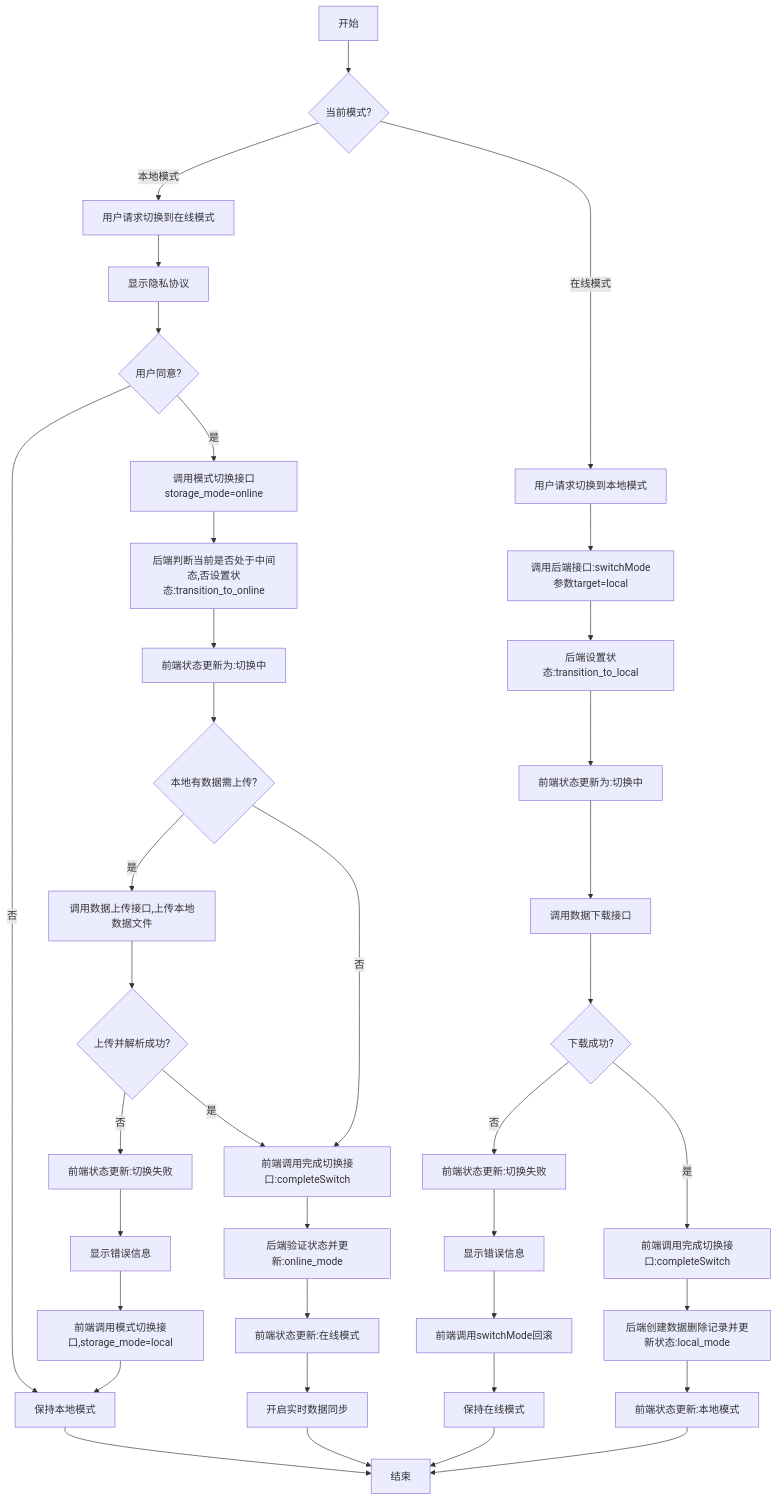
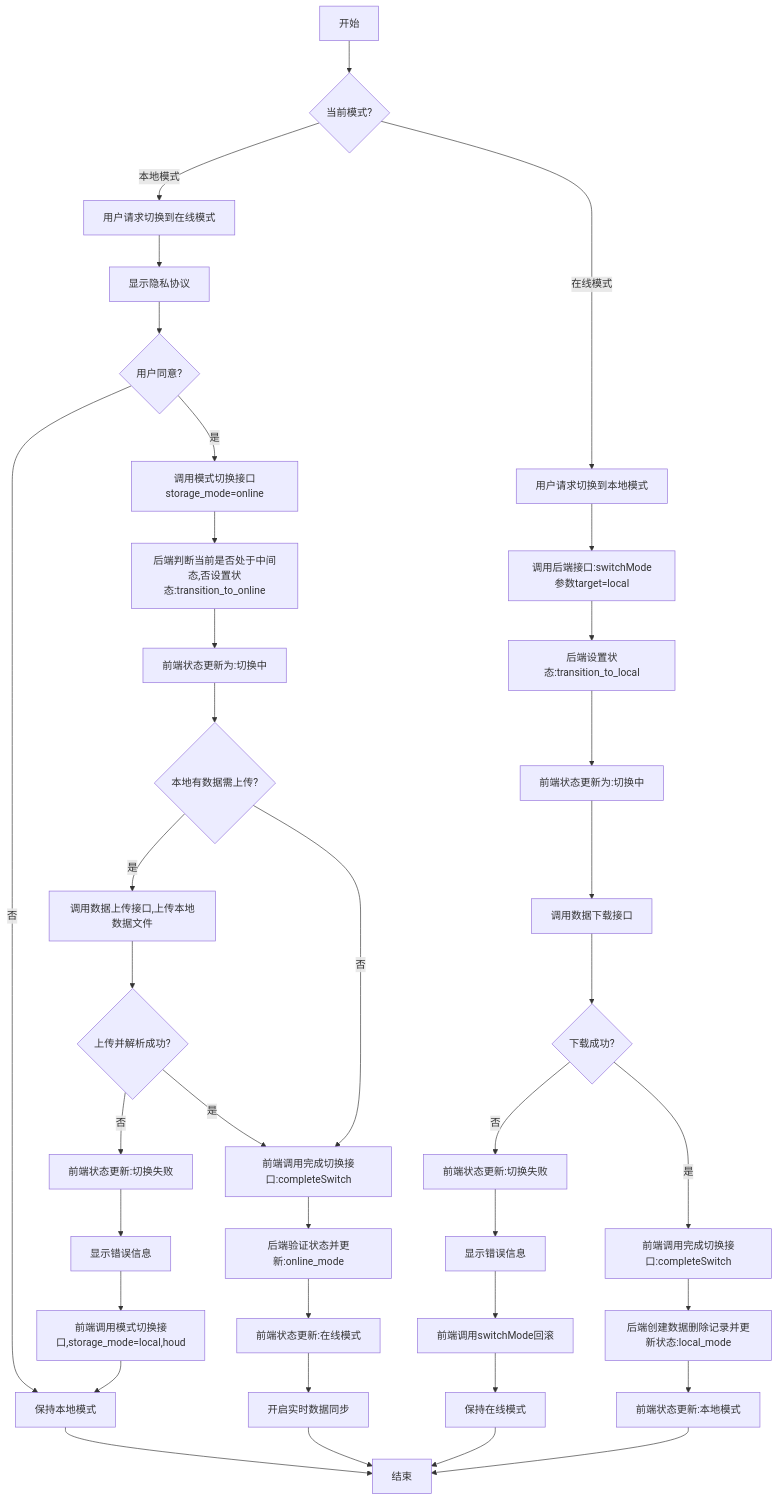
Before and after one commit to yingjianzh/iodraw-files: the diagram in all/未命名-58.md, drawn with Mermaid.

Commit message:
2025-05-14 10:36:37 update

````diff
--- a/all/未命名-58.md
+++ b/all/未命名-58.md
@@ -1,51 +1,51 @@
 ```mermaid
 flowchart TD
     A[开始] --> B{当前模式?}
     
     %% 本地模式转在线模式
     B -->|本地模式| C[用户请求切换到在线模式]
     C --> D[显示隐私协议]
     D --> E{用户同意?}
     E -->|否| F[保持本地模式]
     F --> Z[结束]
     
     E -->|是| G[调用模式切换接口storage_mode=online]
     G --> H[后端判断当前是否处于中间态,否设置状态:transition_to_online]
     H --> I[前端状态更新为:切换中]
     
     I --> J{本地有数据需上传?}
     
     J -->|是| L[调用数据上传接口,上传本地数据文件]
     L --> M{上传并解析成功?}
     M -->|否| O[前端状态更新:切换失败]
     O --> P[显示错误信息]
-    P --> Q[前端调用模式切换接口,storage_mode=local]
+    P --> Q[前端调用模式切换接口,storage_mode=local,houd]
     Q --> F
     
     J -->|否| R[前端调用完成切换接口:completeSwitch]
     M -->|是| R
     
     R --> S[后端验证状态并更新:online_mode]
     S --> T[前端状态更新:在线模式]
     T --> U[开启实时数据同步]
     U --> Z
     
     %% 在线模式转本地模式
     B -->|在线模式| V[用户请求切换到本地模式]
     V --> W[调用后端接口:switchMode参数target=local]
     W --> X[后端设置状态:transition_to_local]
     X --> Y[前端状态更新为:切换中]
     
     Y --> Z1[调用数据下载接口]
     Z1 --> AA{下载成功?}
     AA -->|否| AB[前端状态更新:切换失败]
     AB --> AC[显示错误信息]
     AC --> AD[前端调用switchMode回滚]
     AD --> AE[保持在线模式]
     AE --> Z
     
     AA -->|是| AF[前端调用完成切换接口:completeSwitch]
     AF --> AG[后端创建数据删除记录并更新状态:local_mode]
     AG --> AH[前端状态更新:本地模式]
     AH --> Z
 ```
````
